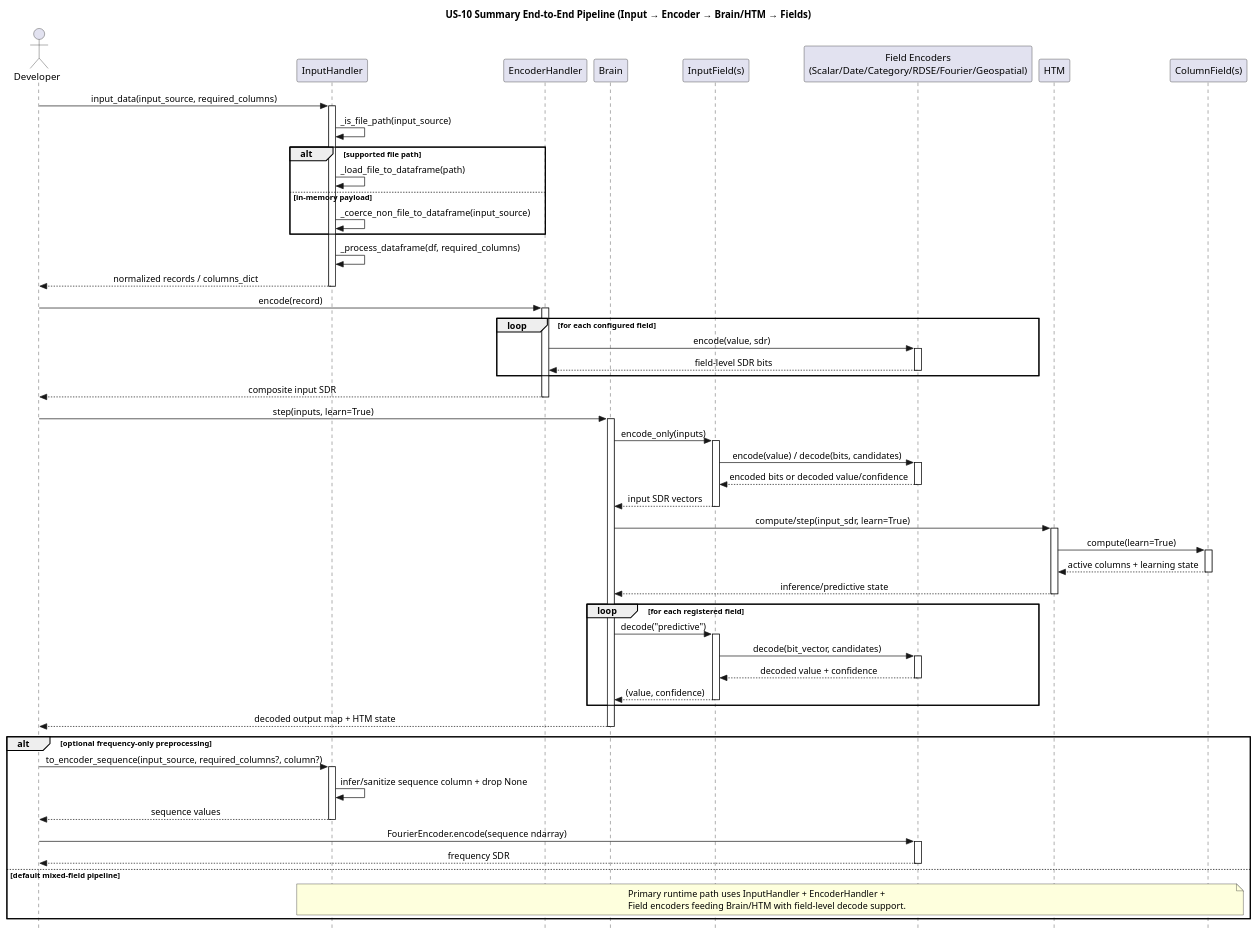
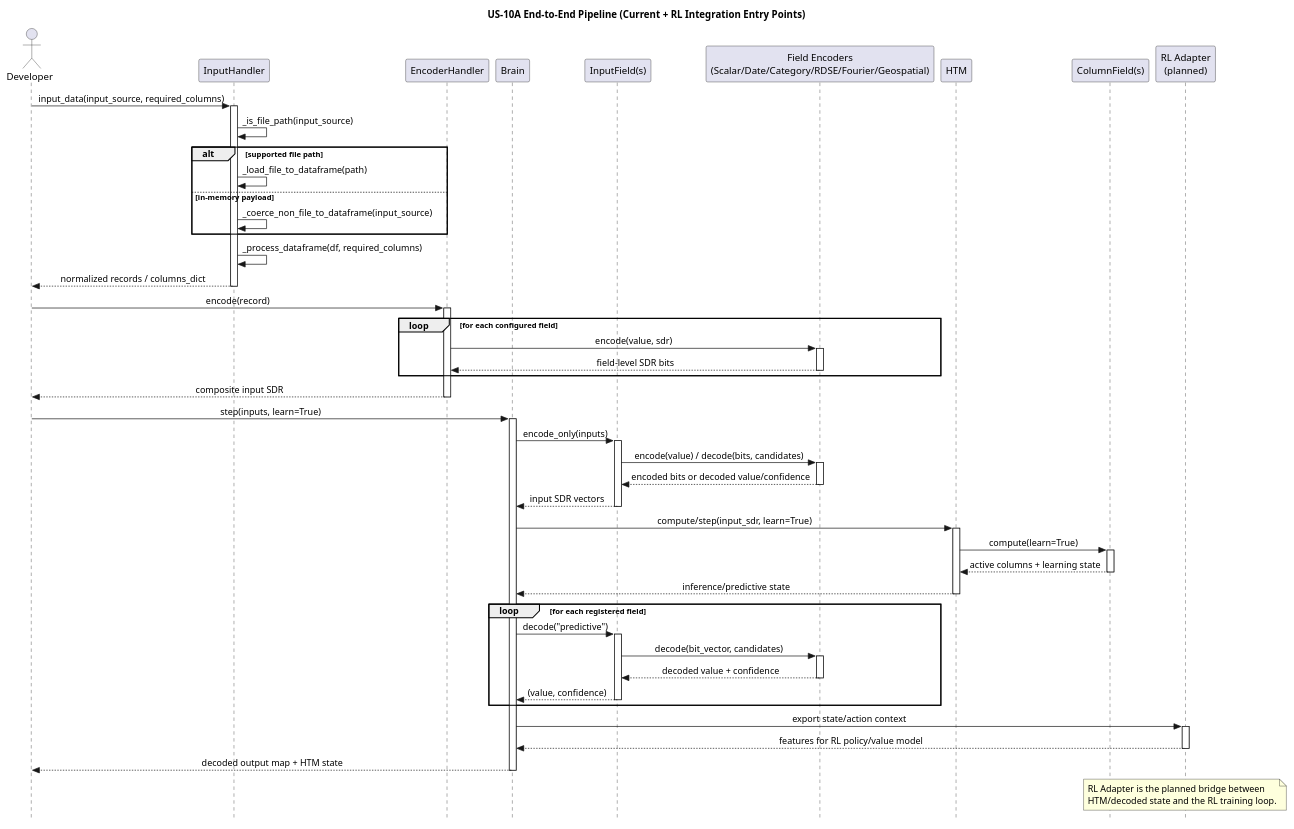
One commit to egrembocki/htmrl changed the first of 2 diagrams in docs/puml/US/us-10.puml. Above: the diagram before and after it, drawn with PlantUML. The commit also changed other lines of this file and 4 other files, not shown here.

Commit message:
docs: fix US-11 to show Brain/HTM as prediction source

```diff
--- a/docs/puml/US/us-10.puml
+++ b/docs/puml/US/us-10.puml
@@ -1,91 +1,84 @@
 @startuml
 skinparam style strictuml
 skinparam sequenceMessageAlign center
 skinparam responseMessageBelowArrow true
 
-title US-10 Summary End-to-End Pipeline (Input → Encoder → Brain/HTM → Fields)
+title US-10A End-to-End Pipeline (Current + RL Integration Entry Points)
 
 actor Developer
 participant "InputHandler" as IH
 participant "EncoderHandler" as EH
 participant "Brain" as BR
 participant "InputField(s)" as IF
 participant "Field Encoders\n(Scalar/Date/Category/RDSE/Fourier/Geospatial)" as FE
 participant "HTM" as HTM
 participant "ColumnField(s)" as CF
+participant "RL Adapter\n(planned)" as RLA
 
 Developer -> IH: input_data(input_source, required_columns)
 activate IH
 IH -> IH: _is_file_path(input_source)
 alt supported file path
   IH -> IH: _load_file_to_dataframe(path)
 else in-memory payload
   IH -> IH: _coerce_non_file_to_dataframe(input_source)
 end
 IH -> IH: _process_dataframe(df, required_columns)
 IH --> Developer: normalized records / columns_dict
 deactivate IH
 
 Developer -> EH: encode(record)
 activate EH
 loop for each configured field
   EH -> FE: encode(value, sdr)
   activate FE
   FE --> EH: field-level SDR bits
   deactivate FE
 end
 EH --> Developer: composite input SDR
 deactivate EH
 
 Developer -> BR: step(inputs, learn=True)
 activate BR
 BR -> IF: encode_only(inputs)
 activate IF
 IF -> FE: encode(value) / decode(bits, candidates)
 activate FE
 FE --> IF: encoded bits or decoded value/confidence
 deactivate FE
 IF --> BR: input SDR vectors
 deactivate IF
 
 BR -> HTM: compute/step(input_sdr, learn=True)
 activate HTM
 HTM -> CF: compute(learn=True)
 activate CF
 CF --> HTM: active columns + learning state
 deactivate CF
 HTM --> BR: inference/predictive state
 deactivate HTM
 
 loop for each registered field
   BR -> IF: decode("predictive")
   activate IF
   IF -> FE: decode(bit_vector, candidates)
   activate FE
   FE --> IF: decoded value + confidence
   deactivate FE
   IF --> BR: (value, confidence)
   deactivate IF
 end
 
+BR -> RLA: export state/action context
+activate RLA
+RLA --> BR: features for RL policy/value model
+deactivate RLA
+
 BR --> Developer: decoded output map + HTM state
 deactivate BR
 
-alt optional frequency-only preprocessing
-  Developer -> IH: to_encoder_sequence(input_source, required_columns?, column?)
-  activate IH
-  IH -> IH: infer/sanitize sequence column + drop None
-  IH --> Developer: sequence values
-  deactivate IH
-
-  Developer -> FE: FourierEncoder.encode(sequence ndarray)
-  activate FE
-  FE --> Developer: frequency SDR
-  deactivate FE
-else default mixed-field pipeline
-  note over IH,CF
-    Primary runtime path uses InputHandler + EncoderHandler +
-    Field encoders feeding Brain/HTM with field-level decode support.
-  end note
-end
+note over RLA
+RL Adapter is the planned bridge between
+HTM/decoded state and the RL training loop.
+end note
 @enduml
```
